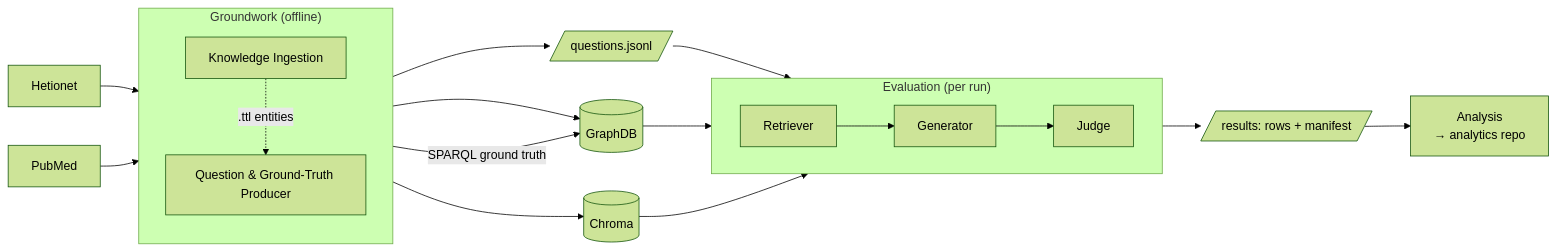
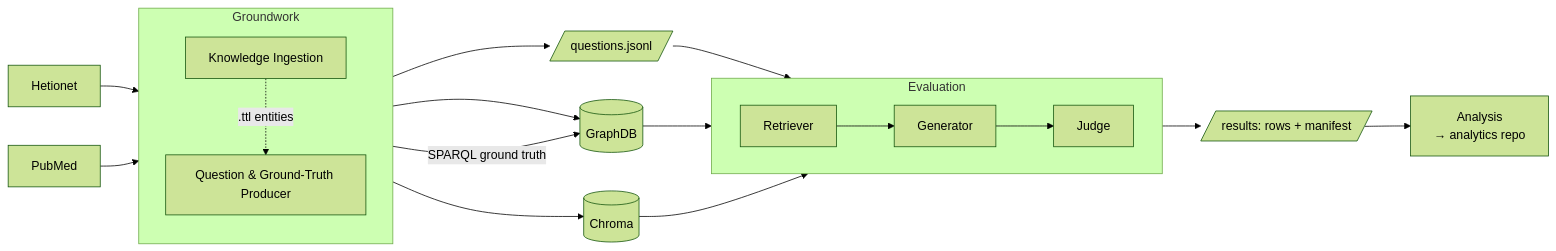
Before and after one commit to joseph-higaki/biomedical-rag-bench: the diagram in README.md, drawn with Mermaid (forest theme). The commit also changed other lines of this file, not shown here.

````diff
--- a/README.md
+++ b/README.md
@@ -33,28 +32,28 @@
 ```mermaid
 flowchart LR
     hetionet["Hetionet"] --> ki
     pubmed["PubMed"] --> ki
 
-    subgraph build["Groundwork (offline)"]
+    subgraph build["Groundwork"]
         direction TB
         ki["Knowledge Ingestion"]
         prod["Question & Ground-Truth Producer"]
     end
 
     ki --> graphdb[("GraphDB")]
     ki --> chroma[("Chroma")]
     ki -.->|.ttl entities| prod
     prod -->|SPARQL ground truth| graphdb
     prod --> q[/"questions.jsonl"/]
 
-    subgraph evalrun["Evaluation (per run)"]
+    subgraph evalrun["Evaluation"]
         direction LR
         retr["Retriever"] --> gen["Generator"] --> jud["Judge"]
     end
 
     q --> retr
     graphdb --> retr
     chroma --> retr
     jud --> res[/"results: rows + manifest"/]
     res --> ana["Analysis<br/>→ analytics repo"]
 ```
````
